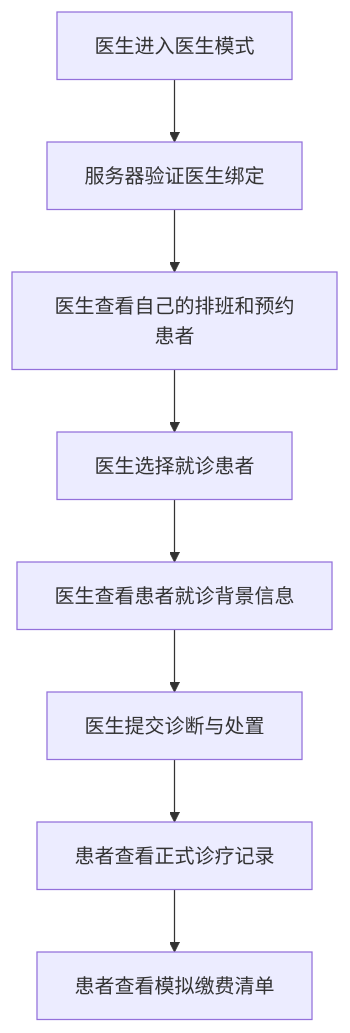
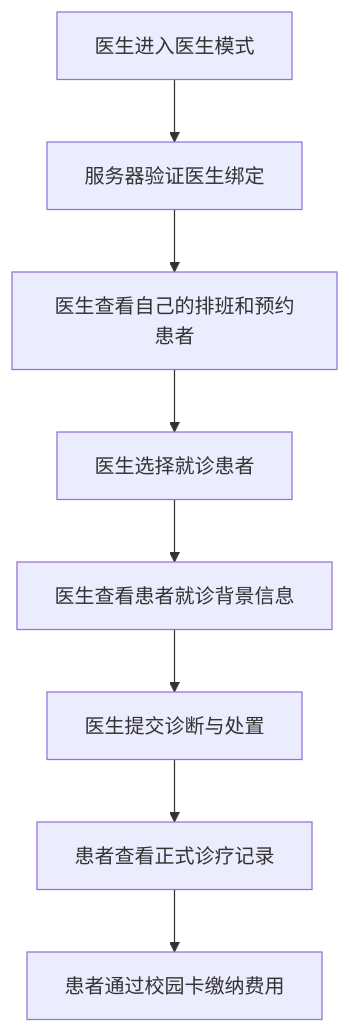
The second of 5 diagrams in docs/modules/hospital_design_self.md (qlaxyy/JAVA-Campus-software), drawn with Mermaid before and after one commit. The commit also changed other lines of this file and 86 other files, not shown here.

````diff
--- a/docs/modules/hospital_design_self.md
+++ b/docs/modules/hospital_design_self.md
@@ -81,4 +81,4 @@
 ```mermaid
 graph TD
-    A[医生进入医生模式] --> B[服务器验证医生绑定] --> C[医生查看自己的排班和预约患者] --> D[医生选择就诊患者] --> E[医生查看患者就诊背景信息] --> F[医生提交诊断与处置] --> G[患者查看正式诊疗记录] --> H[患者查看模拟缴费清单]
+    A[医生进入医生模式] --> B[服务器验证医生绑定] --> C[医生查看自己的排班和预约患者] --> D[医生选择就诊患者] --> E[医生查看患者就诊背景信息] --> F[医生提交诊断与处置] --> G[患者查看正式诊疗记录] --> H[患者通过校园卡缴纳费用]
 ```
````
